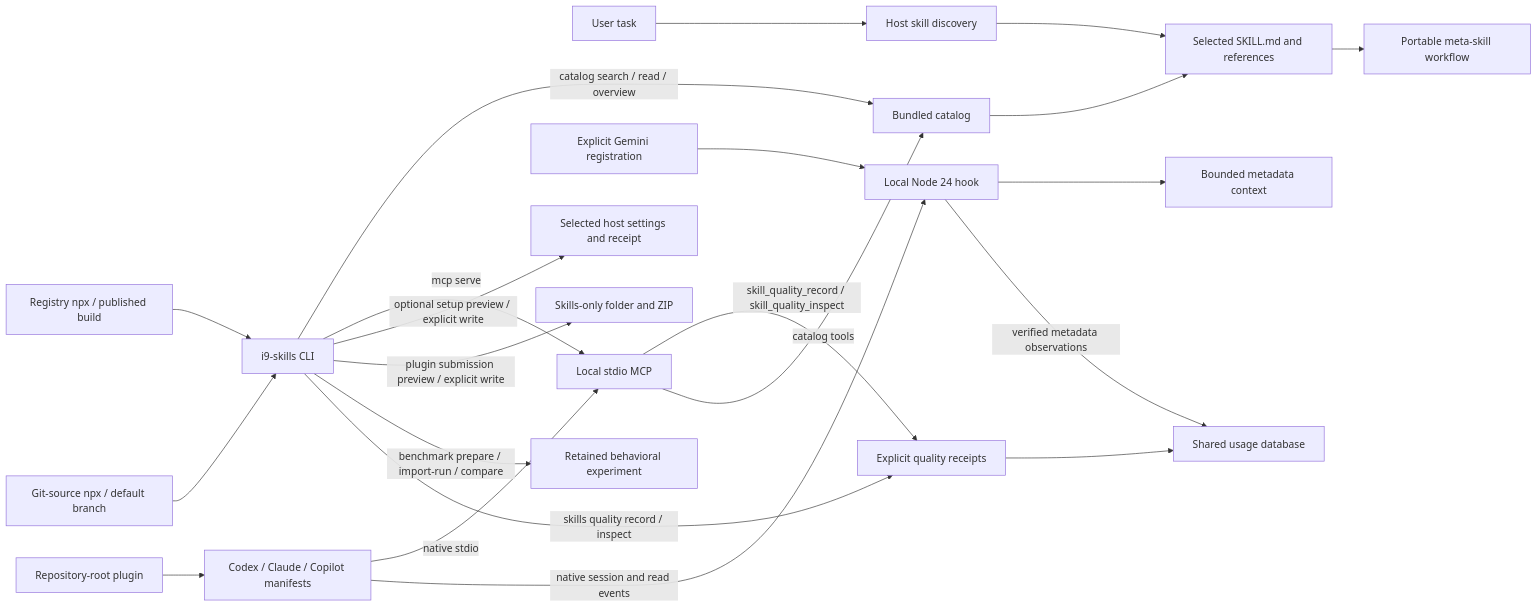
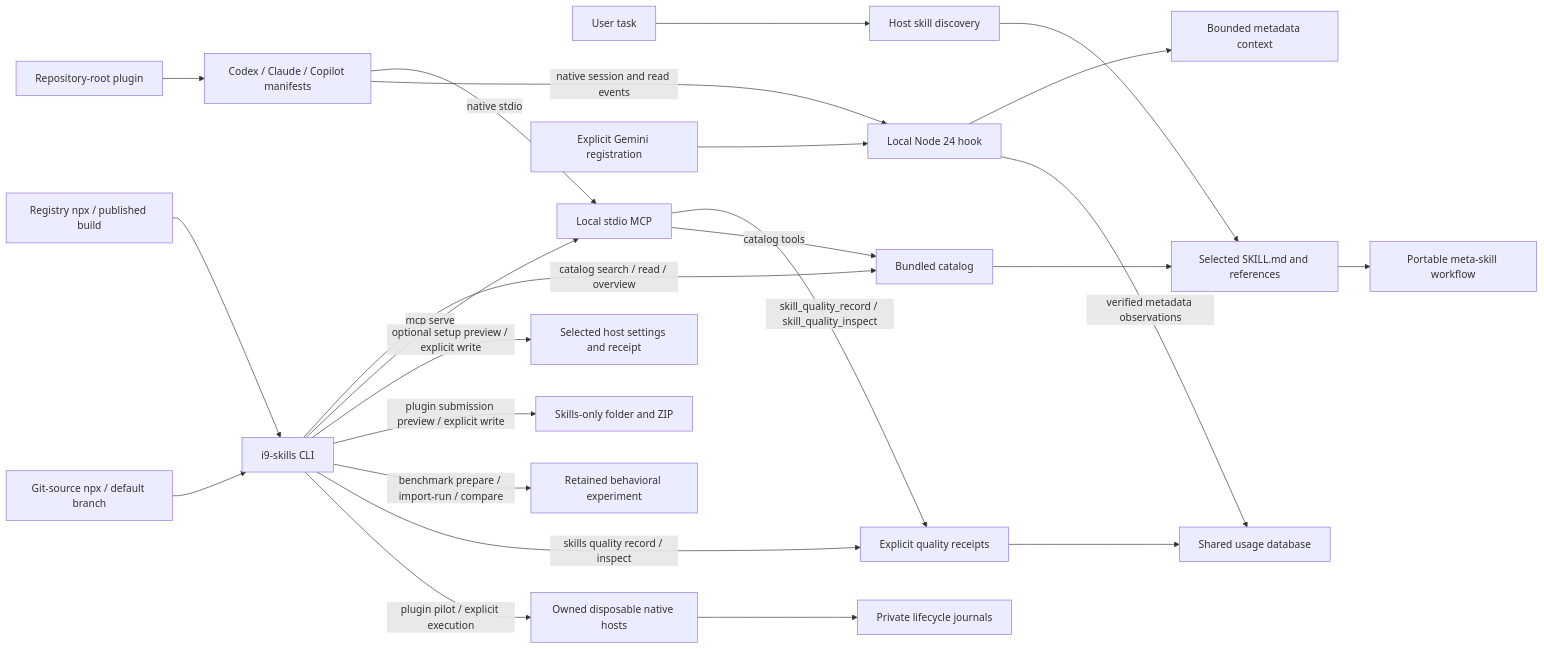
Before and after one commit to i-9-ai/skills: the first of 10 diagrams in docs/Architecture.md, drawn with Mermaid. The commit also changed other lines of this file and 171 other files, not shown here.

First line of the commit message:
Run bounded native plugin pilots with retained evidence (#97)

````diff
--- a/docs/Architecture.md
+++ b/docs/Architecture.md
@@ -10,24 +10,26 @@
 ```mermaid
 flowchart LR
     Task[User task] --> Native[Host skill discovery]
     Native --> Read[Selected SKILL.md and references]
     Npm[Registry npx / published build] --> CLI[i9-skills CLI]
     Git[Git-source npx / default branch] --> CLI
     CLI -->|catalog search / read / overview| Catalog[Bundled catalog]
     CLI -->|mcp serve| MCP[Local stdio MCP]
     Root[Repository-root plugin] --> Host[Codex / Claude / Copilot manifests]
     Host -->|native stdio| MCP
     Host -->|native session and read events| Hook[Local Node 24 hook]
     Gemini[Explicit Gemini registration] --> Hook
     Hook --> Context[Bounded metadata context]
     Hook -->|verified metadata observations| Evidence[Shared usage database]
     CLI -->|optional setup preview / explicit write| Settings[Selected host settings and receipt]
     CLI -->|plugin submission preview / explicit write| Submission[Skills-only folder and ZIP]
     CLI -->|benchmark prepare / import-run / compare| Benchmark[Retained behavioral experiment]
     CLI -->|skills quality record / inspect| Quality[Explicit quality receipts]
+    CLI -->|plugin pilot / explicit execution| Pilot[Owned disposable native hosts]
+    Pilot --> PilotEvidence[Private lifecycle journals]
     MCP -->|skill_quality_record / skill_quality_inspect| Quality
     Quality --> Evidence
     MCP -->|catalog tools| Catalog
     Catalog --> Read
     Read --> Work[Portable meta-skill workflow]
 ```
````
